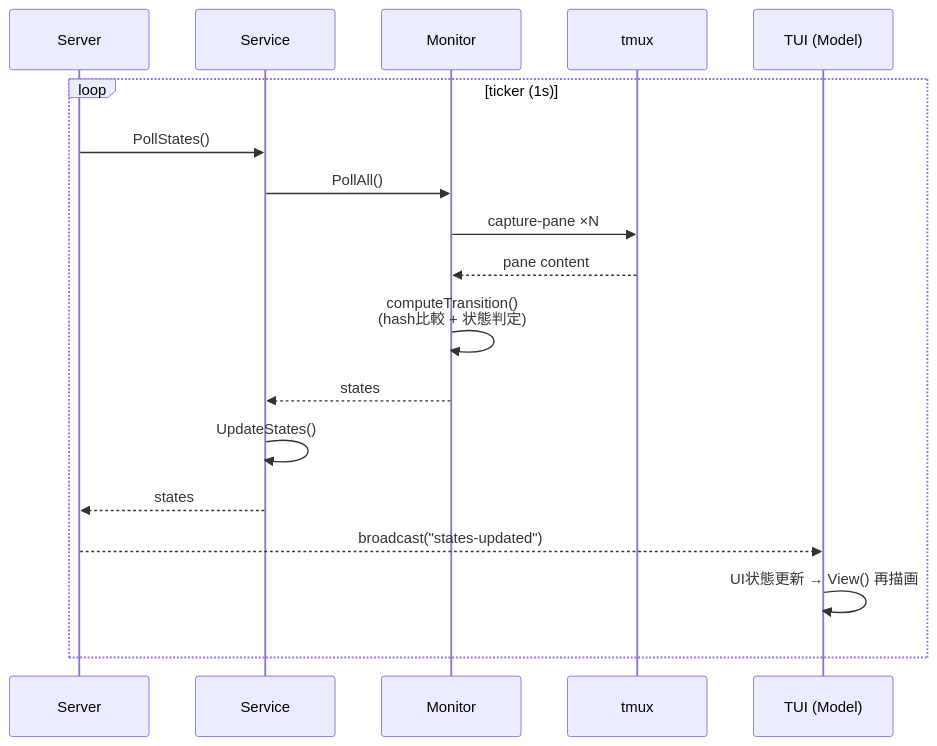
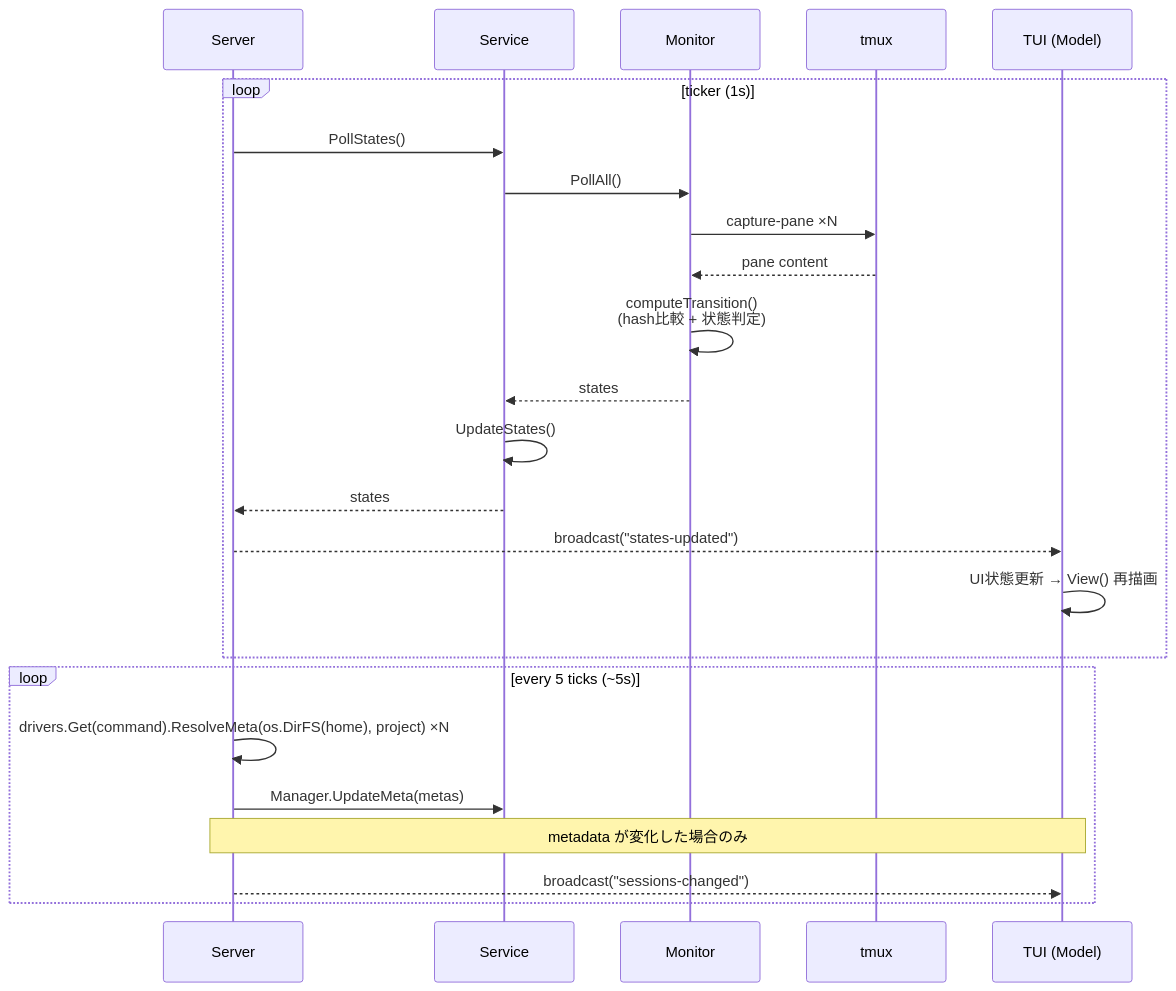
The fourth of 5 diagrams in ARCHITECTURE.md (takezoh/agent-roost), drawn with Mermaid before and after one commit. The commit also changed other lines of this file, not shown here.

First line of the commit message:
Update ARCHITECTURE.md to reflect current codebase

````diff
--- a/ARCHITECTURE.md
+++ b/ARCHITECTURE.md
@@ -393,21 +409,28 @@
 ```mermaid
 sequenceDiagram
     participant S as Server
     participant Svc as Service
     participant Mon as Monitor
     participant T as tmux
     participant M as TUI (Model)
 
     loop ticker (1s)
         S->>Svc: PollStates()
         Svc->>Mon: PollAll()
         Mon->>T: capture-pane ×N
         T-->>Mon: pane content
         Mon->>Mon: computeTransition()<br/>(hash比較 + 状態判定)
         Mon-->>Svc: states
         Svc->>Svc: UpdateStates()
         Svc-->>S: states
         S-->>M: broadcast("states-updated")
         M->>M: UI状態更新 → View() 再描画
     end
+
+    loop every 5 ticks (~5s)
+        S->>S: drivers.Get(command).ResolveMeta(os.DirFS(home), project) ×N
+        S->>Svc: Manager.UpdateMeta(metas)
+        Note over S,M: metadata が変化した場合のみ
+        S-->>M: broadcast("sessions-changed")
+    end
 ```
````
